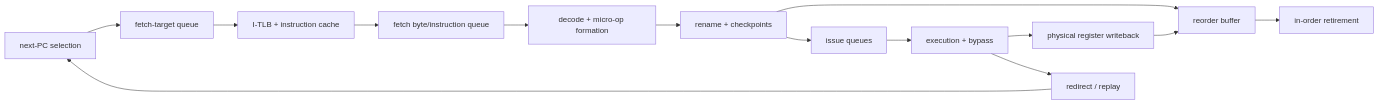
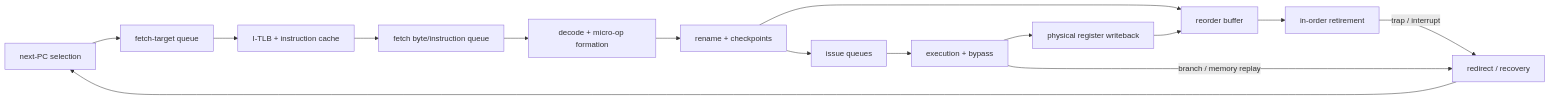
The diagram in 01_Architecture_and_PPA/01_CPU_Architecture/10_Implementation_Blueprints/01_Frontend_and_Execution_Core_Implementation_Blueprint.md (Wty2003328/silicon-design-notebook), drawn with Mermaid before and after one commit. The commit also changed 6 other files, not shown here.

Commit message:
Ch01 CPU (AI operators/profiling + blueprints): GEMM tiling + arithmetic-intensity worked example, top-down TMAM, and HOW-diagrams (blocked-GEMM loop nest, top-down tree, scheduler loop, verification pipeline, memory/frontend block maps). Additive; completes CPU subsystem.

```diff
--- a/01_Architecture_and_PPA/01_CPU_Architecture/10_Implementation_Blueprints/01_Frontend_and_Execution_Core_Implementation_Blueprint.md
+++ b/01_Architecture_and_PPA/01_CPU_Architecture/10_Implementation_Blueprints/01_Frontend_and_Execution_Core_Implementation_Blueprint.md
@@ -38,16 +38,17 @@
 ~~~mermaid
 flowchart LR
     PC["next-PC selection"] --> FTQ["fetch-target queue"]
     FTQ --> IF["I-TLB + instruction cache"]
     IF --> FQ["fetch byte/instruction queue"]
     FQ --> DEC["decode + micro-op formation"]
     DEC --> REN["rename + checkpoints"]
     REN --> ROB["reorder buffer"]
     REN --> IQ["issue queues"]
     IQ --> EX["execution + bypass"]
     EX --> WB["physical register writeback"]
     WB --> ROB
     ROB --> COMMIT["in-order retirement"]
-    EX --> REDIR["redirect / replay"]
+    EX -->|"branch / memory replay"| REDIR["redirect / recovery"]
+    COMMIT -->|"trap / interrupt"| REDIR
     REDIR --> PC
 ~~~
```
